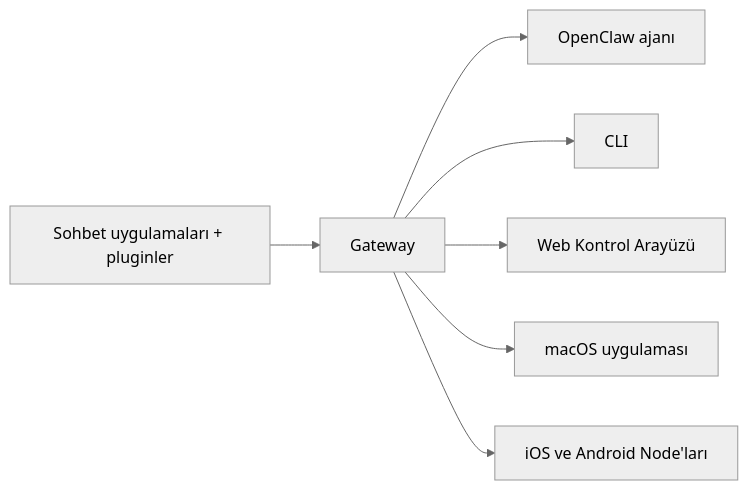
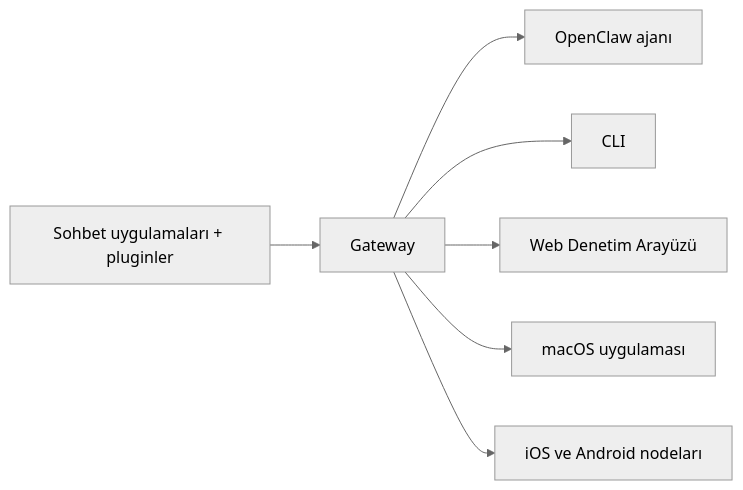
One commit to openclaw/docs changed the diagram in docs/tr/index.md. Above: the diagram before and after it, drawn with Mermaid (neutral theme). The commit also changed other lines of this file and 6121 other files, not shown here.

````diff
--- a/docs/tr/index.md
+++ b/docs/tr/index.md
@@ -112,9 +114,9 @@
 ```mermaid
 flowchart LR
   A["Sohbet uygulamaları + pluginler"] --> B["Gateway"]
   B --> C["OpenClaw ajanı"]
   B --> D["CLI"]
-  B --> E["Web Kontrol Arayüzü"]
+  B --> E["Web Denetim Arayüzü"]
   B --> F["macOS uygulaması"]
-  B --> G["iOS ve Android Node'ları"]
+  B --> G["iOS ve Android nodeları"]
 ```
````
